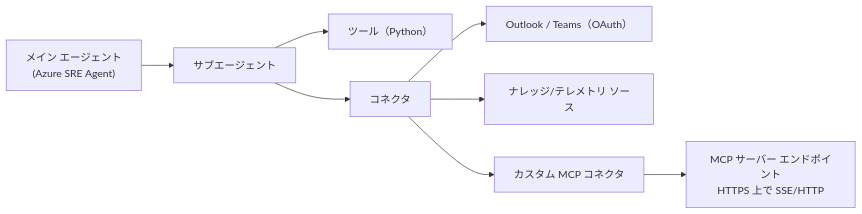
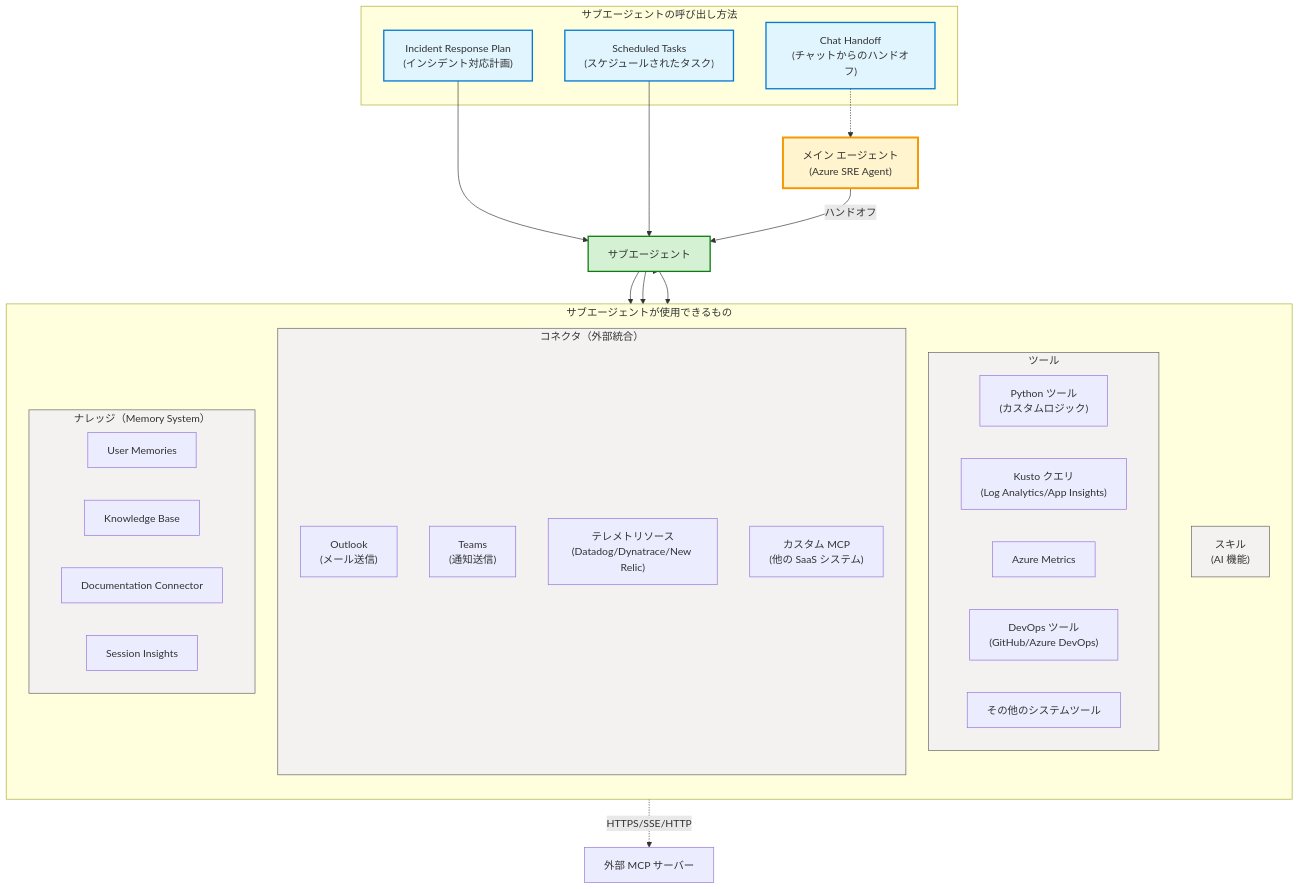
Before and after one commit to TakumiSeo/Tech-BLOG: diagram 11 of 16 in content/posts/ja-jp/sre-agent-planning.md, drawn with Mermaid. The commit also changed other lines of this file and 1 other file, not shown here.

Commit message:
スキル

````diff
--- a/content/posts/ja-jp/sre-agent-planning.md
+++ b/content/posts/ja-jp/sre-agent-planning.md
@@ -892,10 +892,60 @@
 ```mermaid
-flowchart LR
-  Main["メイン エージェント\n(Azure SRE Agent)"] --> Sub["サブエージェント"]
-  Sub --> Tools["ツール（Python）"]
-  Sub --> Conn["コネクタ"]
-  Conn --> Outlook["Outlook / Teams（OAuth）"]
-  Conn --> Telemetry["ナレッジ/テレメトリ ソース"]
-  Conn --> MCP["カスタム MCP コネクタ"]
-  MCP --> Server["MCP サーバー エンドポイント\nHTTPS 上で SSE/HTTP"]
+flowchart TD
+  subgraph Triggers["サブエージェントの呼び出し方法"]
+    IRP["Incident Response Plan\n(インシデント対応計画)"]
+    Schedule["Scheduled Tasks\n(スケジュールされたタスク)"]
+    Chat["Chat Handoff\n(チャットからのハンドオフ)"]
+  end
+  
+  Main["メイン エージェント\n(Azure SRE Agent)"]
+  
+  IRP --> Sub
+  Schedule --> Sub
+  Main -->|ハンドオフ| Sub["サブエージェント"]
+  Chat -.-> Main
+  
+  subgraph SubAgentCapabilities["サブエージェントが使用できるもの"]
+    direction TB
+    
+    subgraph Tools["ツール"]
+      Python["Python ツール\n(カスタムロジック)"]
+      Kusto["Kusto クエリ\n(Log Analytics/App Insights)"]
+      Metrics["Azure Metrics"]
+      DevOps["DevOps ツール\n(GitHub/Azure DevOps)"]
+      OtherTools["その他のシステムツール"]
+    end
+    
+    Skills["スキル\n(AI 機能)"]
+    
+    subgraph Connectors["コネクタ（外部統合）"]
+      Outlook["Outlook\n(メール送信)"]
+      Teams["Teams\n(通知送信)"]
+      Telemetry["テレメトリソース\n(Datadog/Dynatrace/New Relic)"]
+      MCP["カスタム MCP\n(他の SaaS システム)"]
+    end
+    
+    subgraph Knowledge["ナレッジ（Memory System）"]
+      UserMem["User Memories"]
+      KB["Knowledge Base"]
+      DocConn["Documentation Connector"]
+      SessionIns["Session Insights"]
+    end
+  end
+  
+  Sub --> Tools
+  Sub --> Skills
+  Sub --> Connectors
+  Sub --> Knowledge
+  
+  MCP -.->|HTTPS/SSE/HTTP| External["外部 MCP サーバー"]
+  
+  classDef triggerStyle fill:#e1f5ff,stroke:#0078d4,stroke-width:2px
+  classDef mainStyle fill:#fff4ce,stroke:#f59700,stroke-width:3px
+  classDef subStyle fill:#d4f1d4,stroke:#107c10,stroke-width:2px
+  classDef capabilityStyle fill:#f3f2f1,stroke:#605e5c,stroke-width:1px
+  
+  class IRP,Schedule,Chat triggerStyle
+  class Main mainStyle
+  class Sub subStyle
+  class Tools,Skills,Connectors,Knowledge capabilityStyle
 ```
````
